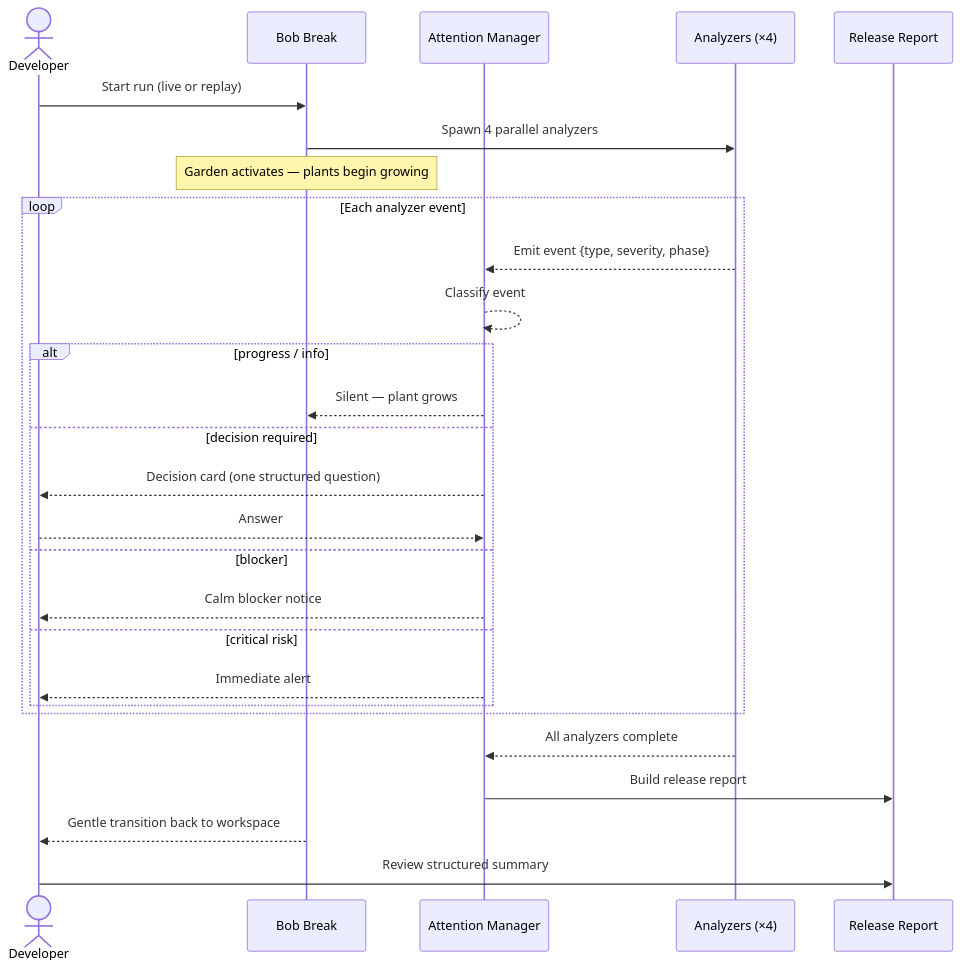
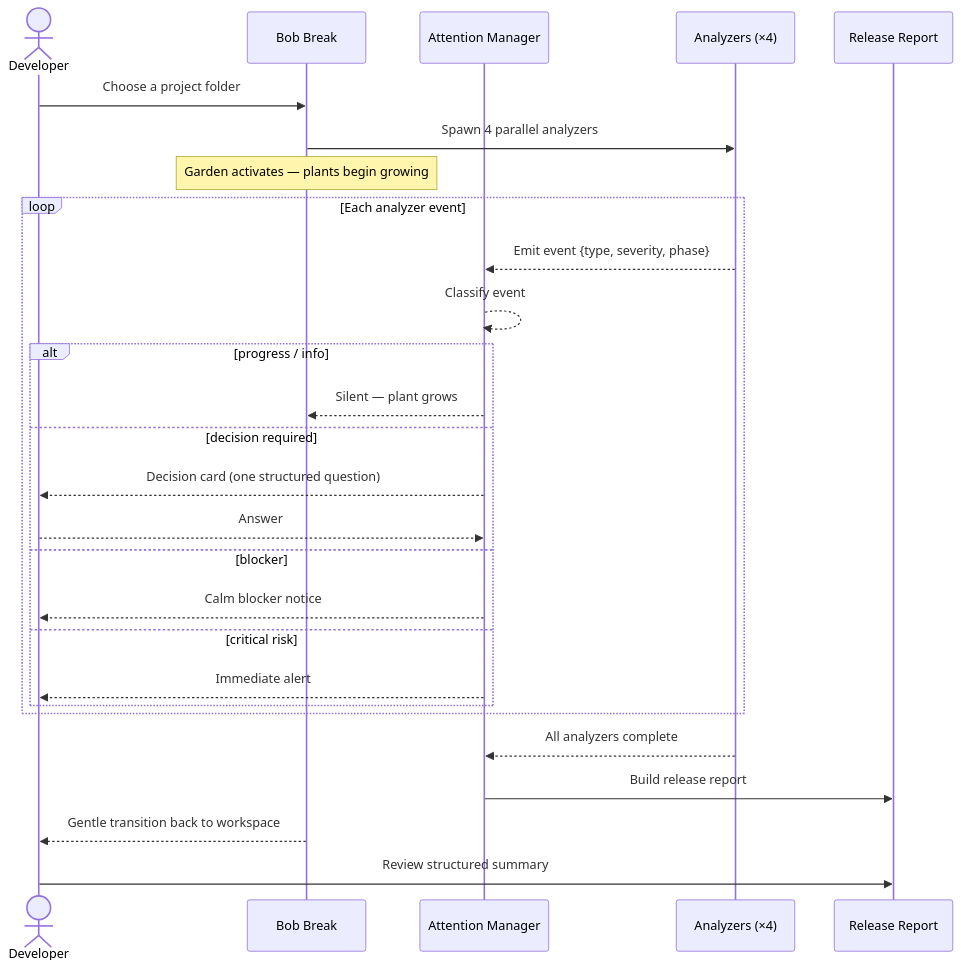
One commit to TonyINSY6629/Project_for_IBM_Hackathon_Bob_in_Action changed the third of 9 diagrams in README.md. Above: the diagram before and after it, drawn with Mermaid. The commit also changed other lines of this file and 31 other files, not shown here.

````diff
--- a/README.md
+++ b/README.md
@@ -134,32 +133,32 @@
 ```mermaid
 sequenceDiagram
     actor Dev as Developer
     participant BB as Bob Break
     participant AM as Attention Manager
     participant An as Analyzers (×4)
     participant R  as Release Report
 
-    Dev->>BB: Start run (live or replay)
+    Dev->>BB: Choose a project folder
     BB->>An: Spawn 4 parallel analyzers
     Note over BB: Garden activates — plants begin growing
 
     loop Each analyzer event
         An-->>AM: Emit event {type, severity, phase}
         AM-->>AM: Classify event
         alt progress / info
             AM-->>BB: Silent — plant grows
         else decision required
             AM-->>Dev: Decision card (one structured question)
             Dev-->>AM: Answer
         else blocker
             AM-->>Dev: Calm blocker notice
         else critical risk
             AM-->>Dev: Immediate alert
         end
     end
 
     An-->>AM: All analyzers complete
     AM->>R: Build release report
     BB-->>Dev: Gentle transition back to workspace
     Dev->>R: Review structured summary
 ```
````
